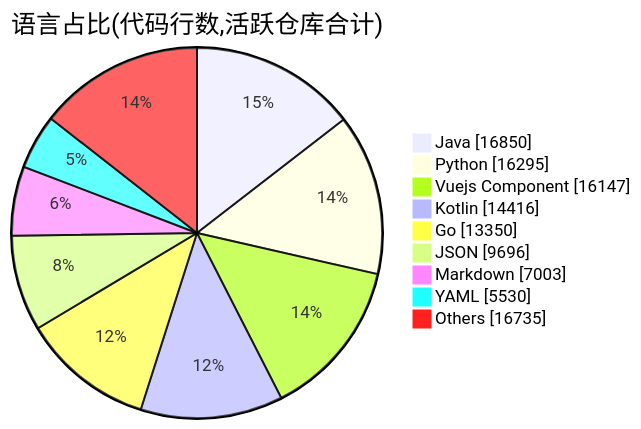
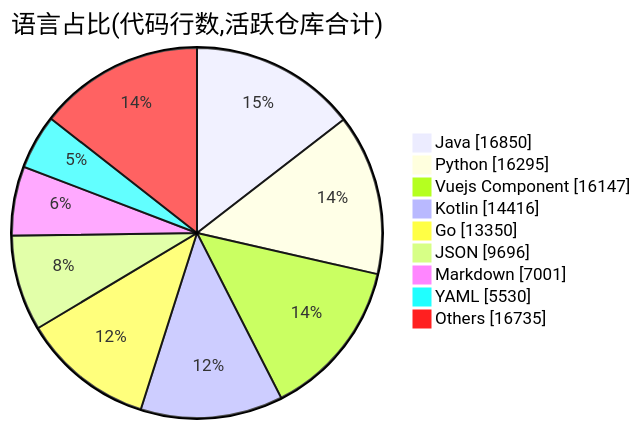
One commit to Conflux-Union/.github changed the second of 2 diagrams in profile/README.md. Above: the diagram before and after it, drawn with Mermaid. The commit also changed other lines of this file and 1 other file, not shown here.

````diff
--- a/profile/README.md
+++ b/profile/README.md
@@ -77,13 +78,13 @@
 ```mermaid
 pie showData
     title 语言占比(代码行数,活跃仓库合计)
     "Java" : 16850
     "Python" : 16295
     "Vuejs Component" : 16147
     "Kotlin" : 14416
     "Go" : 13350
     "JSON" : 9696
-    "Markdown" : 7003
+    "Markdown" : 7001
     "YAML" : 5530
     "Others" : 16735
 ```
````
